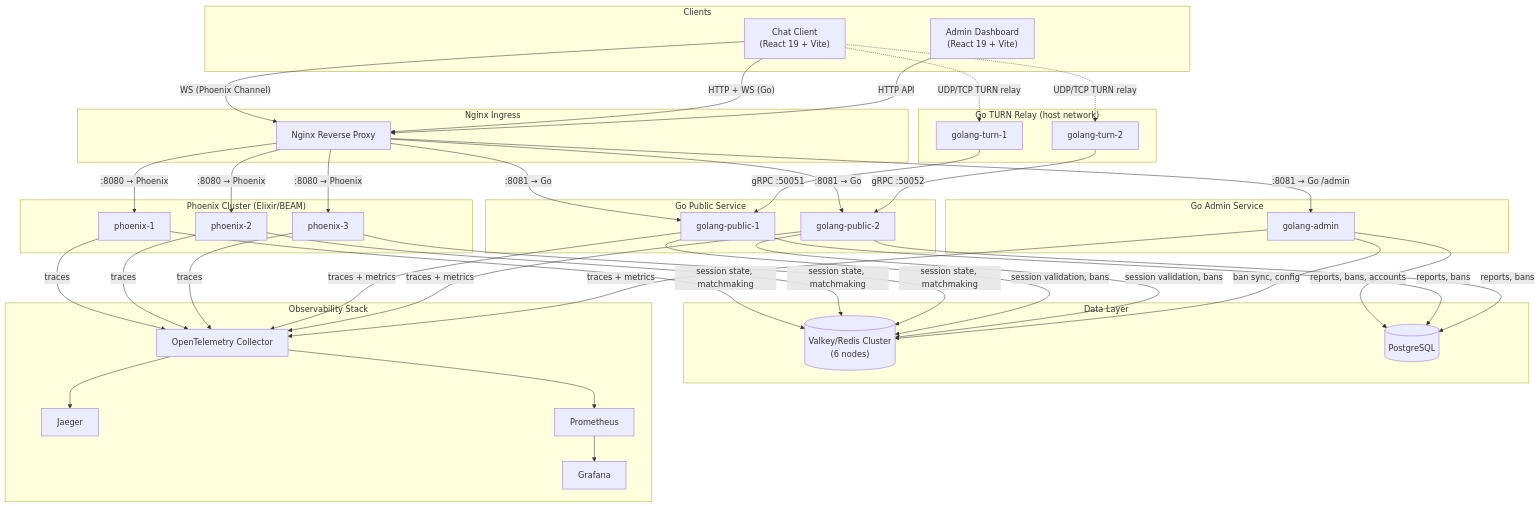
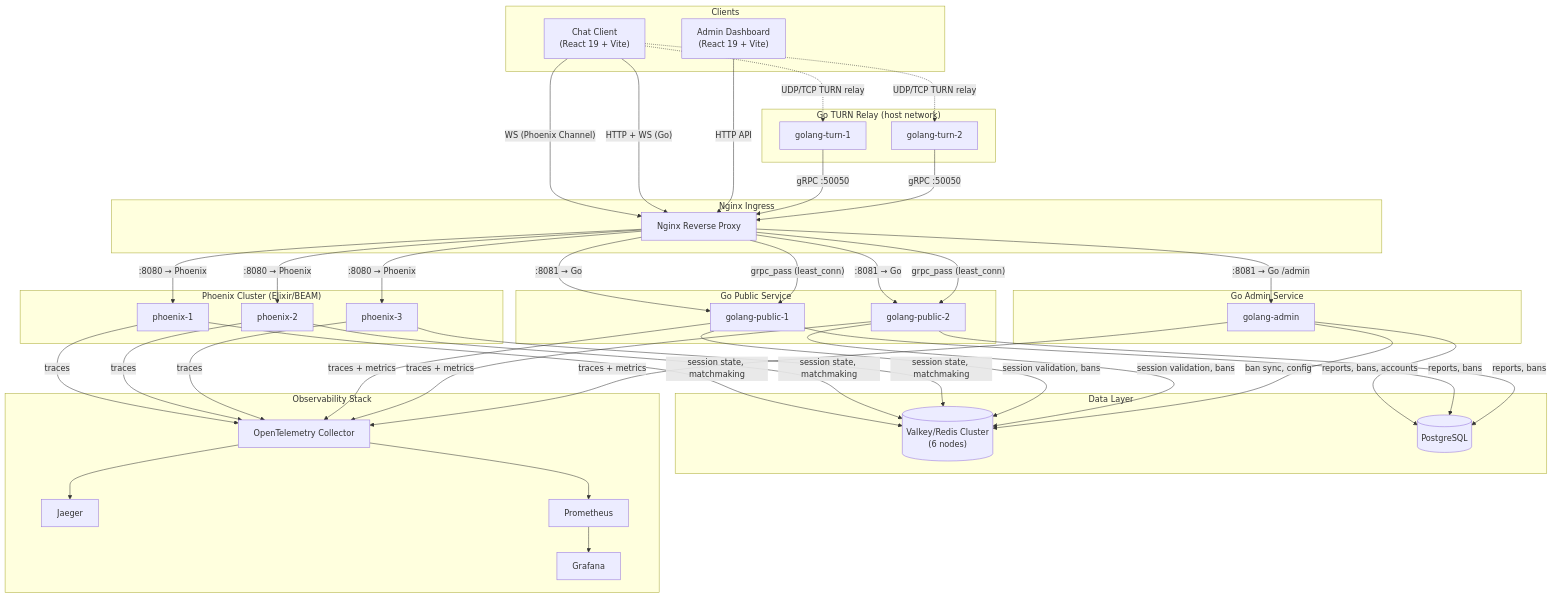
Before and after one commit to alessblaze/pairline: the first of 13 diagrams in ARCHITECTURE.md, drawn with Mermaid. The commit also changed other lines of this file and 11 other files, not shown here.

````diff
--- a/ARCHITECTURE.md
+++ b/ARCHITECTURE.md
@@ -11,67 +11,67 @@
 ```mermaid
 graph TB
     subgraph Clients
         ChatClient["Chat Client<br/>(React 19 + Vite)"]
         AdminClient["Admin Dashboard<br/>(React 19 + Vite)"]
     end
 
     subgraph Ingress["Nginx Ingress"]
         Nginx["Nginx Reverse Proxy"]
     end
 
     subgraph Phoenix["Phoenix Cluster (Elixir/BEAM)"]
         PX1["phoenix-1"]
         PX2["phoenix-2"]
         PX3["phoenix-3"]
     end
 
     subgraph GoPublic["Go Public Service"]
         GP1["golang-public-1"]
         GP2["golang-public-2"]
     end
 
     subgraph GoAdmin["Go Admin Service"]
         GA["golang-admin"]
     end
 
     subgraph GoTurn["Go TURN Relay (host network)"]
         GT1["golang-turn-1"]
         GT2["golang-turn-2"]
     end
 
     subgraph Data["Data Layer"]
         Redis[("Valkey/Redis Cluster<br/>(6 nodes)")]
         Postgres[("PostgreSQL")]
     end
 
     subgraph Observability["Observability Stack"]
         OTEL["OpenTelemetry Collector"]
         Jaeger["Jaeger"]
         Prometheus["Prometheus"]
         Grafana["Grafana"]
     end
 
     ChatClient -->|"WS (Phoenix Channel)"| Nginx
     ChatClient -->|"HTTP + WS (Go)"| Nginx
     ChatClient -.->|"UDP/TCP TURN relay"| GT1 & GT2
     AdminClient -->|"HTTP API"| Nginx
 
     Nginx -->|":8080 → Phoenix"| PX1 & PX2 & PX3
     Nginx -->|":8081 → Go"| GP1 & GP2
     Nginx -->|":8081 → Go /admin"| GA
 
     PX1 & PX2 & PX3 -->|"session state, matchmaking"| Redis
     GP1 & GP2 -->|"session validation, bans"| Redis
     GA -->|"ban sync, config"| Redis
-    GT1 -->|"gRPC :50051"| GP1
-    GT2 -->|"gRPC :50052"| GP2
+    GT1 & GT2 -->|"gRPC :50050"| Nginx
+    Nginx -->|"grpc_pass (least_conn)"| GP1 & GP2
 
     GA -->|"reports, bans, accounts"| Postgres
     GP1 & GP2 -->|"reports, bans"| Postgres
 
     PX1 & PX2 & PX3 -->|traces| OTEL
     GP1 & GP2 & GA -->|traces + metrics| OTEL
     OTEL --> Jaeger
     OTEL --> Prometheus
     Prometheus --> Grafana
 ```
````
